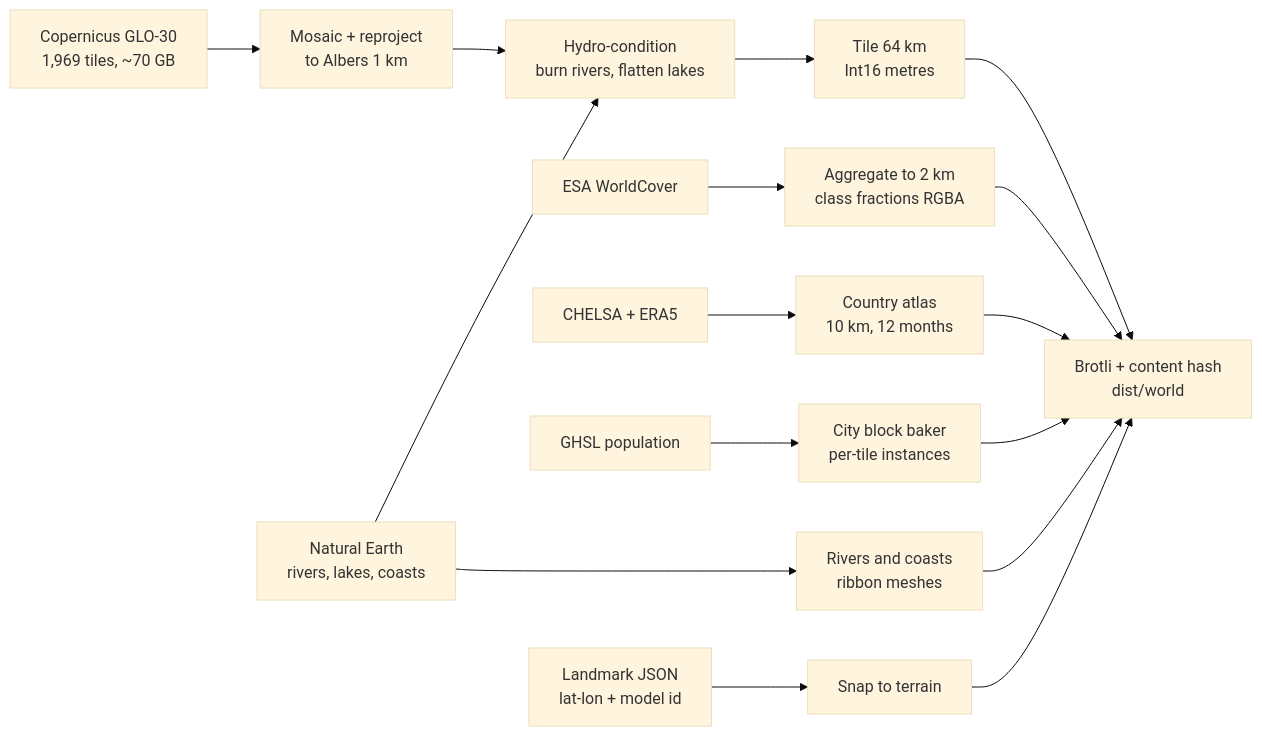
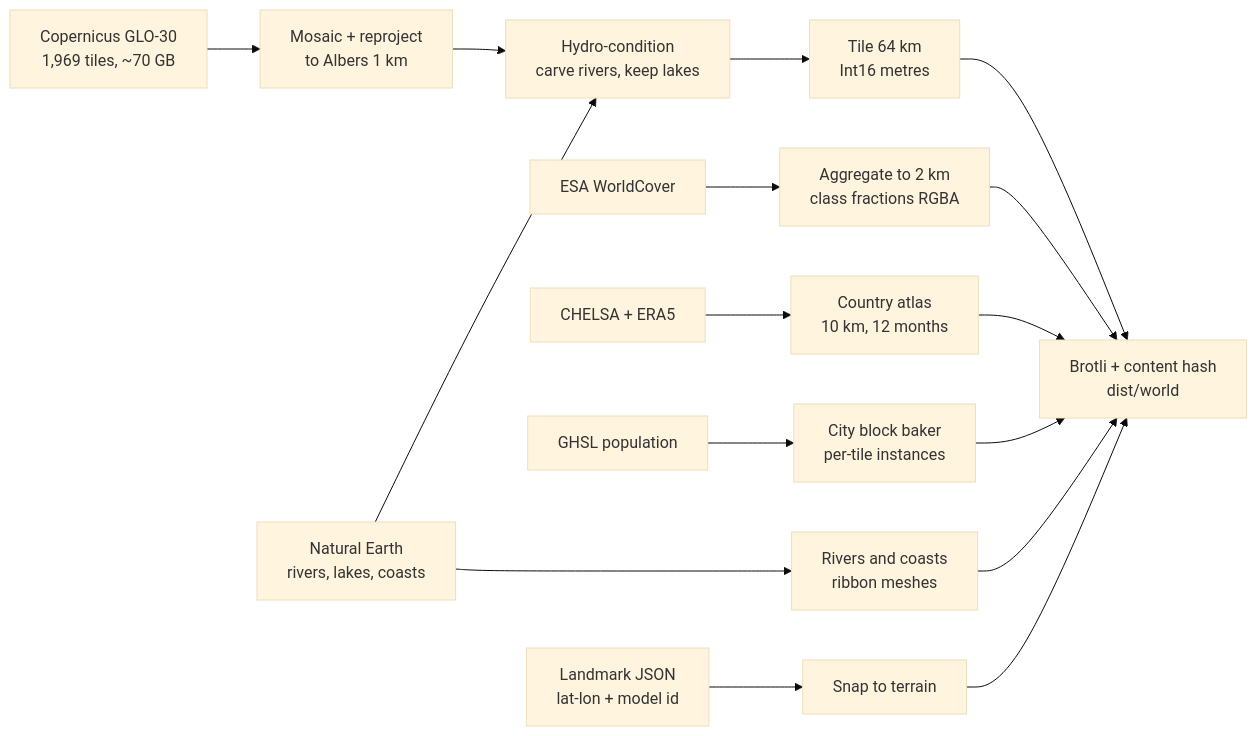
The first of 3 diagrams in Nine Skies — Build Plan.md (Victor-EU/nine-skies), drawn with Mermaid (base theme) before and after one commit. The commit also changed other lines of this file and 33 other files, not shown here.

````diff
--- a/Nine Skies — Build Plan.md
+++ b/Nine Skies — Build Plan.md
@@ -187,18 +191,18 @@
 ```mermaid
 flowchart LR
   A[Copernicus GLO-30<br/>1,969 tiles, ~70 GB] --> B[Mosaic + reproject<br/>to Albers 1 km]
-  B --> C[Hydro-condition<br/>burn rivers, flatten lakes]
+  B --> C[Hydro-condition<br/>carve rivers, keep lakes]
   C --> D[Tile 64 km<br/>Int16 metres]
   D --> E[Brotli + content hash<br/>dist/world]
   F[ESA WorldCover] --> G[Aggregate to 2 km<br/>class fractions RGBA]
   G --> E
   H[CHELSA + ERA5] --> I[Country atlas<br/>10 km, 12 months]
   I --> E
   J[GHSL population] --> K[City block baker<br/>per-tile instances]
   K --> E
   L[Natural Earth<br/>rivers, lakes, coasts] --> C
   L --> M[Rivers and coasts<br/>ribbon meshes]
   M --> E
   N[Landmark JSON<br/>lat-lon + model id] --> O[Snap to terrain]
   O --> E
 ```
````
